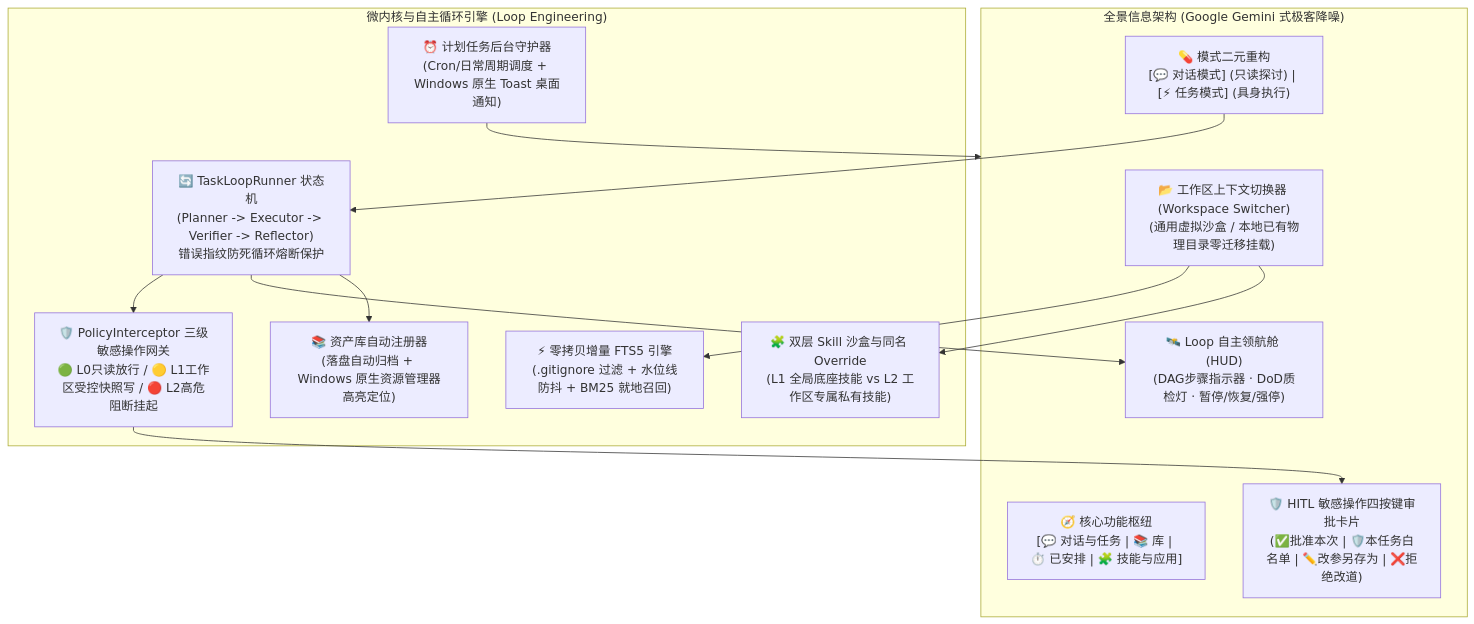
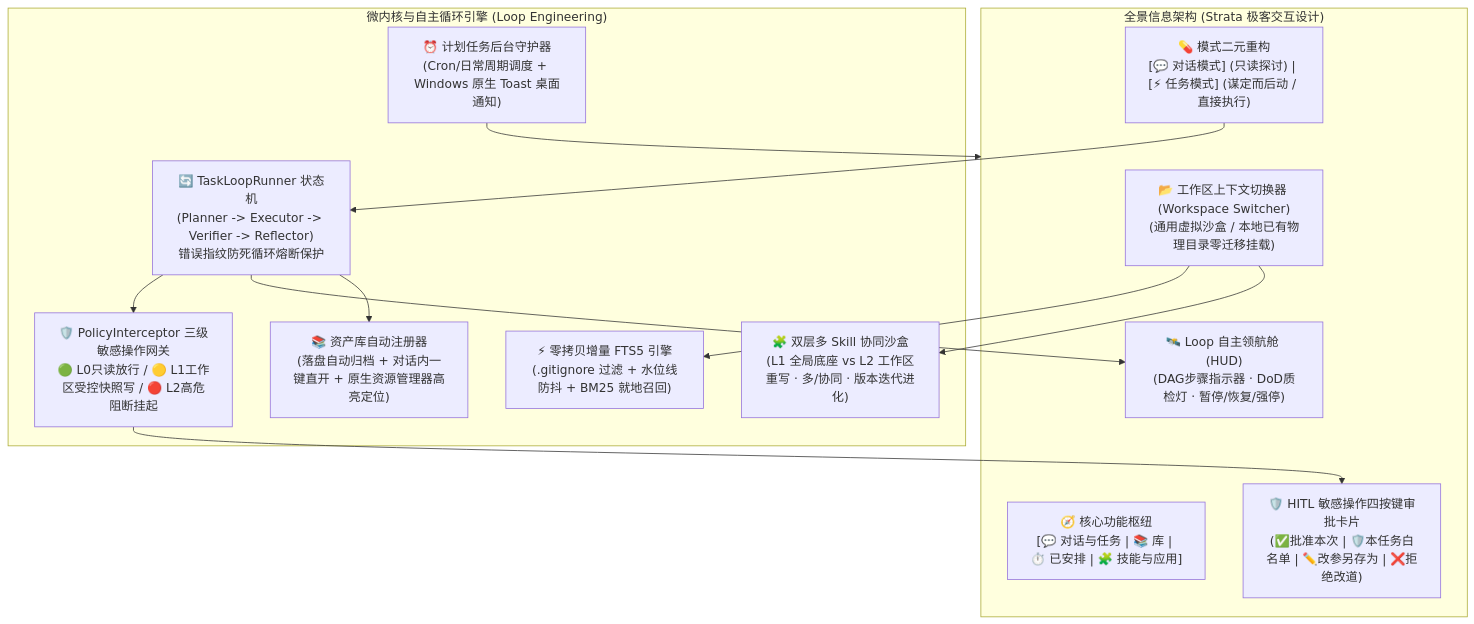
Before and after one commit to voodooq/agenthub-local: the first of 2 diagrams in README.md, drawn with Mermaid. The commit also changed other lines of this file, not shown here.

````diff
--- a/README.md
+++ b/README.md
@@ -200,28 +42,28 @@
 ```mermaid
 flowchart TD
-    subgraph UI ["全景信息架构 (Google Gemini 式极客降噪)"]
+    subgraph UI ["全景信息架构 (Strata 极客交互设计)"]
         WS["📂 工作区上下文切换器 (Workspace Switcher)<br/>(通用虚拟沙盒 / 本地已有物理目录零迁移挂载)"]
         Hub["🧭 核心功能枢纽<br/>[💬 对话与任务 | 📚 库 | ⏱️ 已安排 | 🧩 技能与应用]"]
-        Mode["💊 模式二元重构<br/>[💬 对话模式] (只读探讨) | [⚡ 任务模式] (具身执行)"]
+        Mode["💊 模式二元重构<br/>[💬 对话模式] (只读探讨) | [⚡ 任务模式] (谋定而后动 / 直接执行)"]
         HUD["🛰️ Loop 自主领航舱 (HUD)<br/>(DAG步骤指示器 · DoD质检灯 · 暂停/恢复/强停)"]
         Gate["🛡️ HITL 敏感操作四按键审批卡片<br/>(✅批准本次 | 🛡️本任务白名单 | ✏️改参另存为 | ❌拒绝改道)"]
     end
 
     subgraph CoreEngine ["微内核与自主循环引擎 (Loop Engineering)"]
         LoopEng["🔄 TaskLoopRunner 状态机<br/>(Planner -> Executor -> Verifier -> Reflector)<br/>错误指纹防死循环熔断保护"]
         Policy["🛡️ PolicyInterceptor 三级敏感操作网关<br/>🟢 L0只读放行 / 🟡 L1工作区受控快照写 / 🔴 L2高危阻断挂起"]
         FTS["⚡ 零拷贝增量 FTS5 引擎<br/>(.gitignore 过滤 + 水位线防抖 + BM25 就地召回)"]
-        Skills["🧩 双层 Skill 沙盒与同名 Override<br/>(L1 全局底座技能 vs L2 工作区专属私有技能)"]
-        Artifacts["📚 资产库自动注册器<br/>(落盘自动归档 + Windows 原生资源管理器高亮定位)"]
+        Skills["🧩 双层多 Skill 协同沙盒<br/>(L1 全局底座 vs L2 工作区重写 · 多/协同 · 版本迭代进化)"]
+        Artifacts["📚 资产库自动注册器<br/>(落盘自动归档 + 对话内一键直开 + 原生资源管理器高亮定位)"]
         Sched["⏰ 计划任务后台守护器<br/>(Cron/日常周期调度 + Windows 原生 Toast 桌面通知)"]
     end
 
     WS --> FTS
     WS --> Skills
     Mode --> LoopEng
     LoopEng --> Policy
     Policy --> Gate
     LoopEng --> HUD
     LoopEng --> Artifacts
     Sched --> UI
 ```
````
